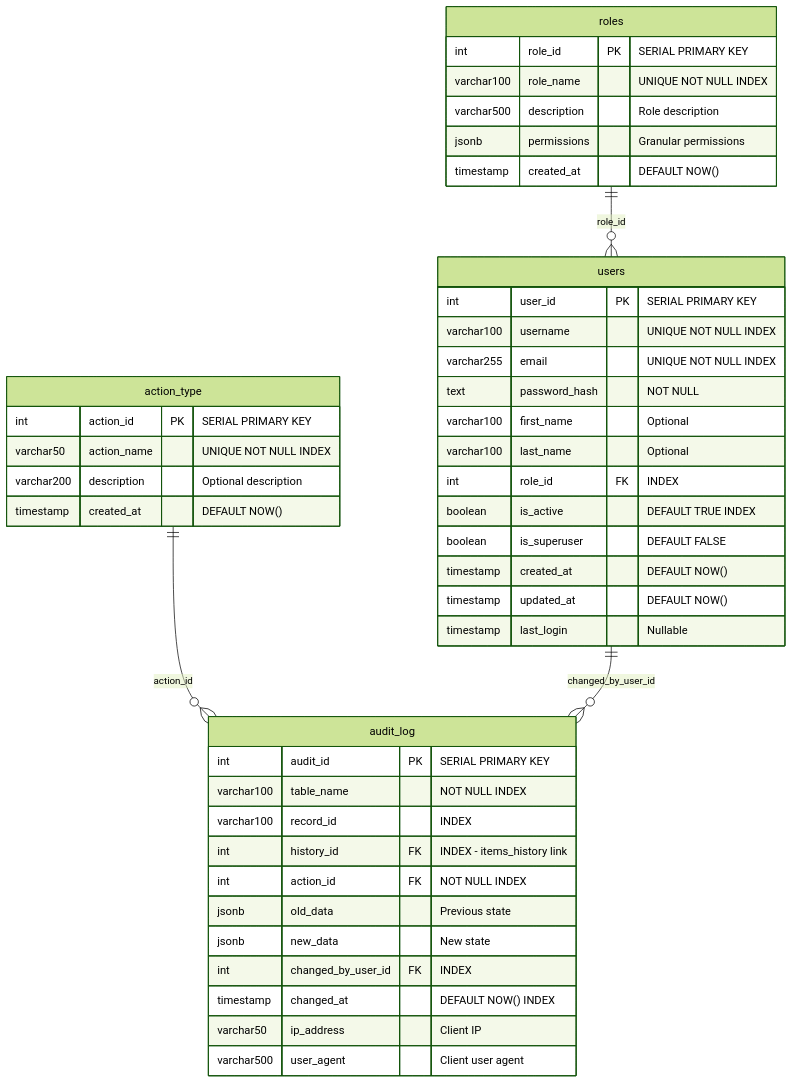
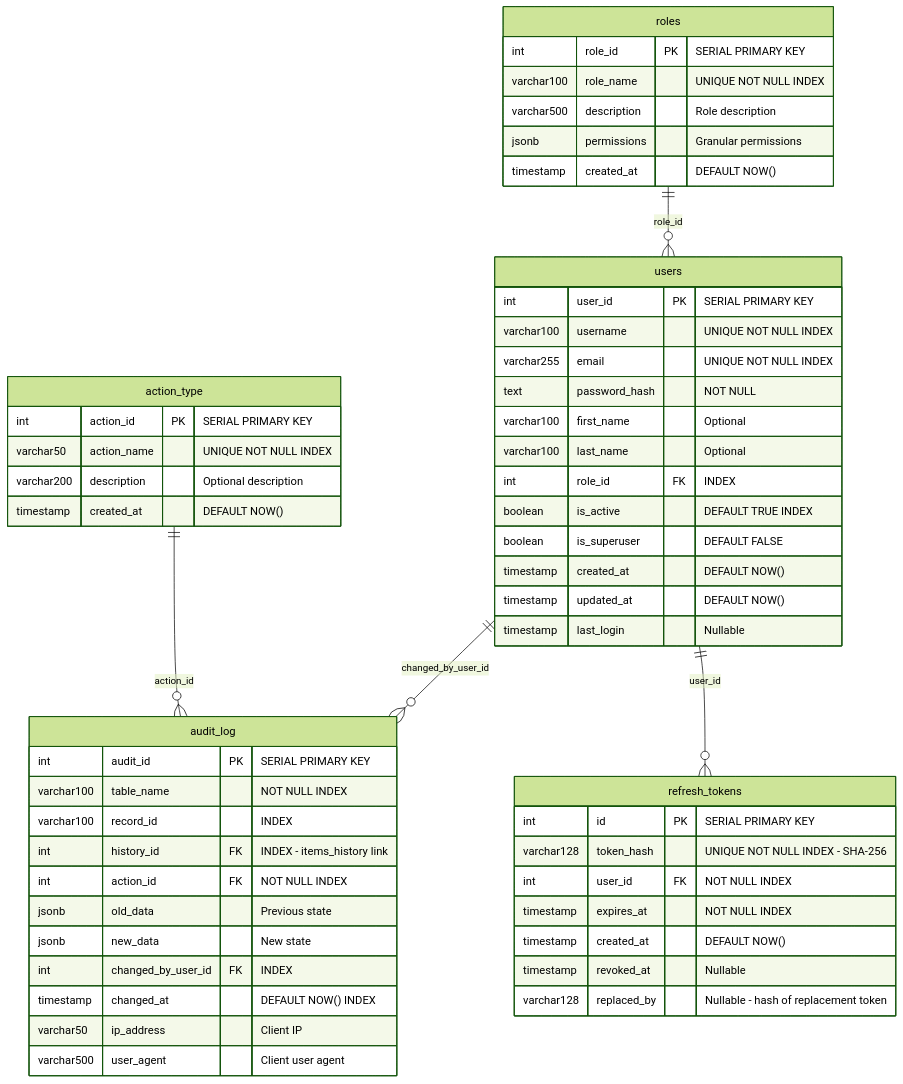
One commit to jtee509/WOMS-FYP2.0 changed the second of 7 diagrams in docs/official_documentation/database_structure.md. Above: the diagram before and after it, drawn with Mermaid (forest theme). The commit also changed other lines of this file and 32 other files, not shown here.

````diff
--- a/docs/official_documentation/database_structure.md
+++ b/docs/official_documentation/database_structure.md
@@ -753,50 +753,61 @@
 ```mermaid
 erDiagram
     action_type {
         int action_id PK "SERIAL PRIMARY KEY"
         varchar50 action_name "UNIQUE NOT NULL INDEX"
         varchar200 description "Optional description"
         timestamp created_at "DEFAULT NOW()"
     }
     
     roles {
         int role_id PK "SERIAL PRIMARY KEY"
         varchar100 role_name "UNIQUE NOT NULL INDEX"
         varchar500 description "Role description"
         jsonb permissions "Granular permissions"
         timestamp created_at "DEFAULT NOW()"
     }
     
     users {
         int user_id PK "SERIAL PRIMARY KEY"
         varchar100 username "UNIQUE NOT NULL INDEX"
         varchar255 email "UNIQUE NOT NULL INDEX"
         text password_hash "NOT NULL"
         varchar100 first_name "Optional"
         varchar100 last_name "Optional"
         int role_id FK "INDEX"
         boolean is_active "DEFAULT TRUE INDEX"
         boolean is_superuser "DEFAULT FALSE"
         timestamp created_at "DEFAULT NOW()"
         timestamp updated_at "DEFAULT NOW()"
         timestamp last_login "Nullable"
     }
     
     audit_log {
         int audit_id PK "SERIAL PRIMARY KEY"
         varchar100 table_name "NOT NULL INDEX"
         varchar100 record_id "INDEX"
         int history_id FK "INDEX - items_history link"
         int action_id FK "NOT NULL INDEX"
         jsonb old_data "Previous state"
         jsonb new_data "New state"
         int changed_by_user_id FK "INDEX"
         timestamp changed_at "DEFAULT NOW() INDEX"
         varchar50 ip_address "Client IP"
         varchar500 user_agent "Client user agent"
     }
     
+    refresh_tokens {
+        int id PK "SERIAL PRIMARY KEY"
+        varchar128 token_hash "UNIQUE NOT NULL INDEX - SHA-256"
+        int user_id FK "NOT NULL INDEX"
+        timestamp expires_at "NOT NULL INDEX"
+        timestamp created_at "DEFAULT NOW()"
+        timestamp revoked_at "Nullable"
+        varchar128 replaced_by "Nullable - hash of replacement token"
+    }
+
     roles ||--o{ users : "role_id"
     action_type ||--o{ audit_log : "action_id"
     users ||--o{ audit_log : "changed_by_user_id"
+    users ||--o{ refresh_tokens : "user_id"
 ```
````
